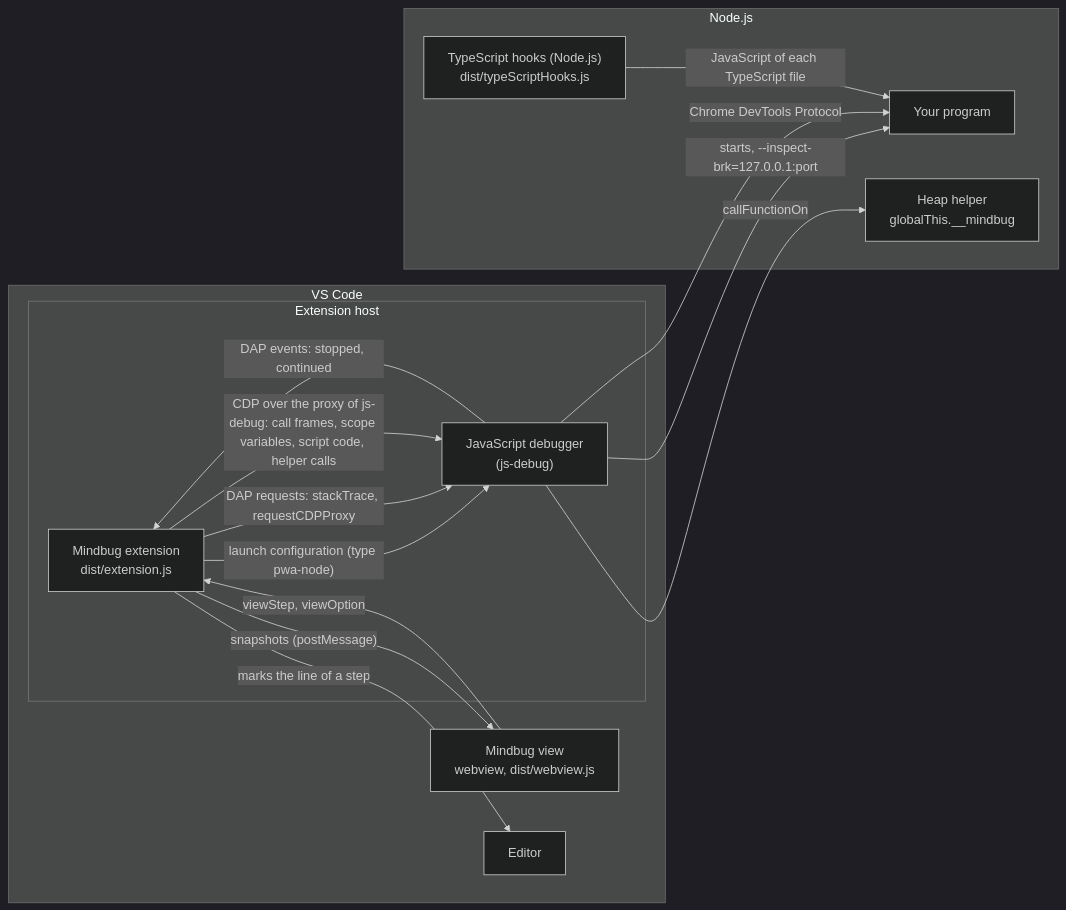
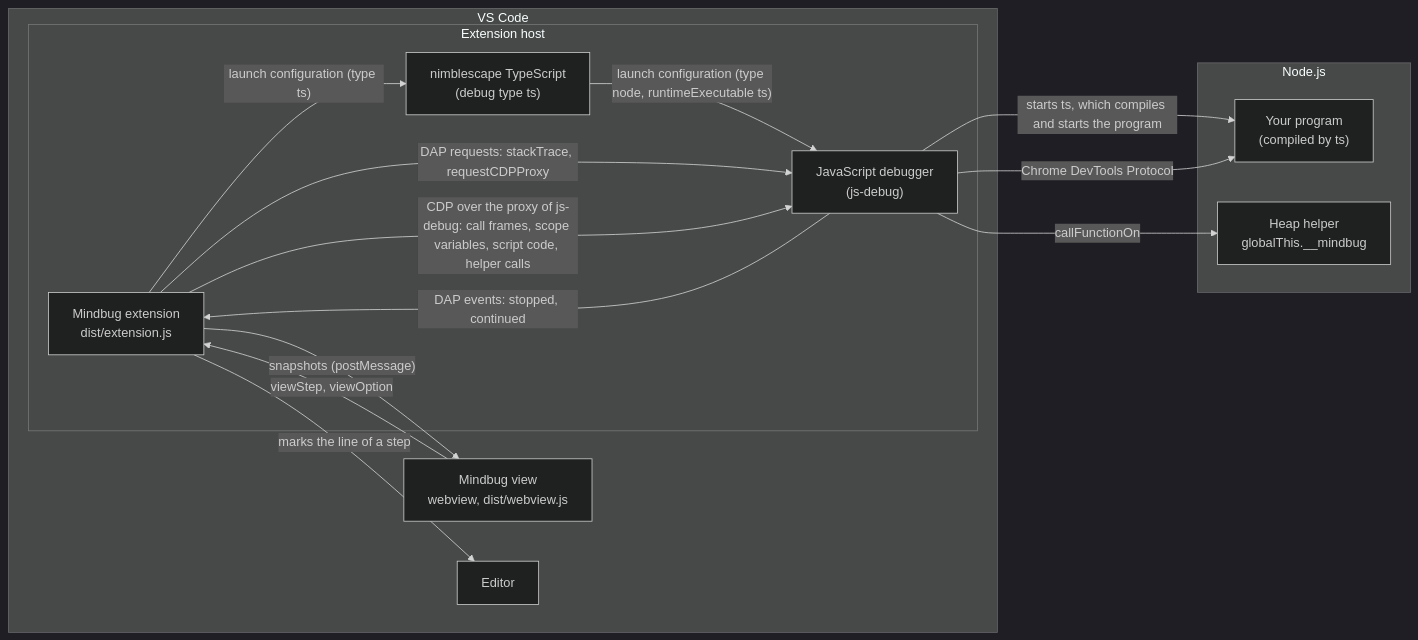
Before and after one commit to nimblescape/nimblescape-mindbug: the diagram in docs/architecture.md, drawn with Mermaid (dark theme). The commit also changed other lines of this file and 26 other files, not shown here.

````diff
--- a/docs/architecture.md
+++ b/docs/architecture.md
@@ -9,27 +9,27 @@
 ```mermaid
 flowchart LR
   subgraph VSC["VS Code"]
     subgraph HOST["Extension host"]
       EXT["Mindbug extension<br/>dist/extension.js"]
+      TSX["nimblescape TypeScript<br/>(debug type ts)"]
       JSD["JavaScript debugger<br/>(js-debug)"]
     end
     VIEW["Mindbug view<br/>webview, dist/webview.js"]
     ED["Editor"]
   end
   subgraph RT["Node.js"]
-    HK["TypeScript hooks (Node.js)<br/>dist/typeScriptHooks.js"]
-    PRG["Your program"]
+    PRG["Your program<br/>(compiled by ts)"]
     HW["Heap helper<br/>globalThis.__mindbug"]
   end
-  EXT -- "launch configuration (type pwa-node)" --> JSD
-  JSD -- "starts, --inspect-brk=127.0.0.1:port" --> PRG
+  EXT -- "launch configuration (type ts)" --> TSX
+  TSX -- "launch configuration (type node, runtimeExecutable ts)" --> JSD
+  JSD -- "starts ts, which compiles and starts the program" --> PRG
   JSD -- "Chrome DevTools Protocol" --> PRG
   JSD -- "DAP events: stopped, continued" --> EXT
   EXT -- "DAP requests: stackTrace, requestCDPProxy" --> JSD
   EXT -- "CDP over the proxy of js-debug: call frames, scope variables, script code, helper calls" --> JSD
   JSD -- "callFunctionOn" --> HW
-  HK -- "JavaScript of each TypeScript file" --> PRG
   EXT -- "snapshots (postMessage)" --> VIEW
   VIEW -- "viewStep, viewOption" --> EXT
   EXT -- "marks the line of a step" --> ED
 ```
````
